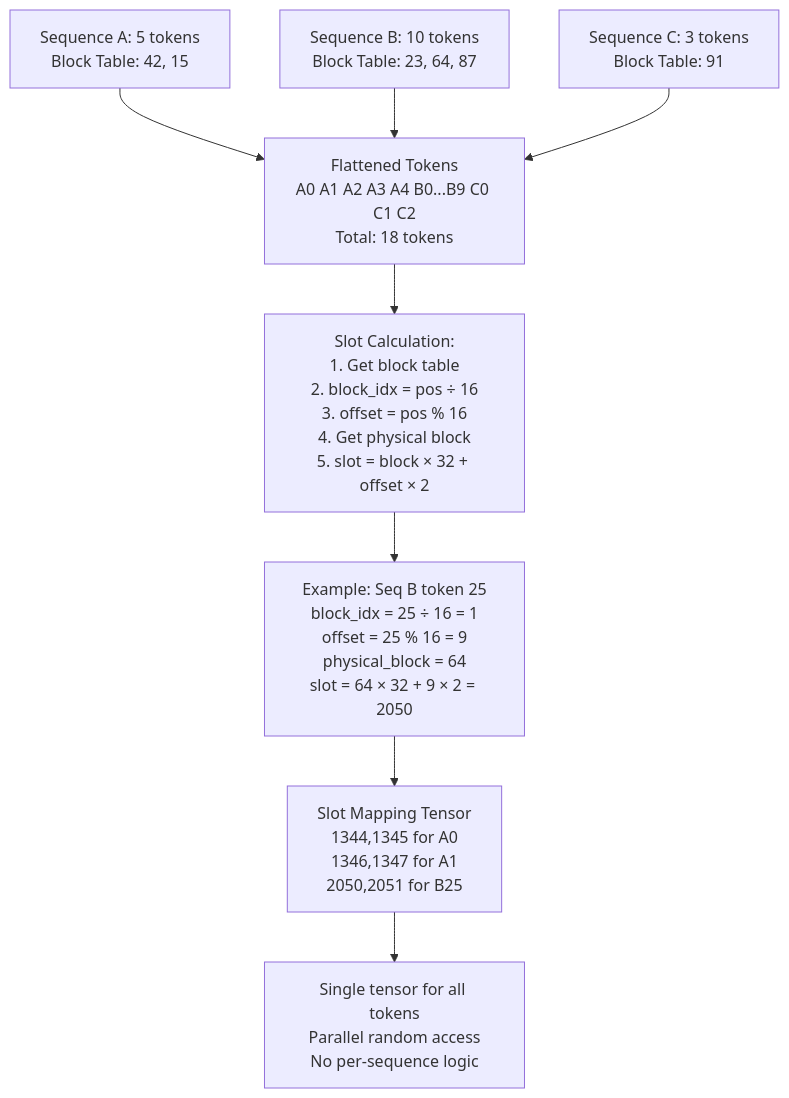
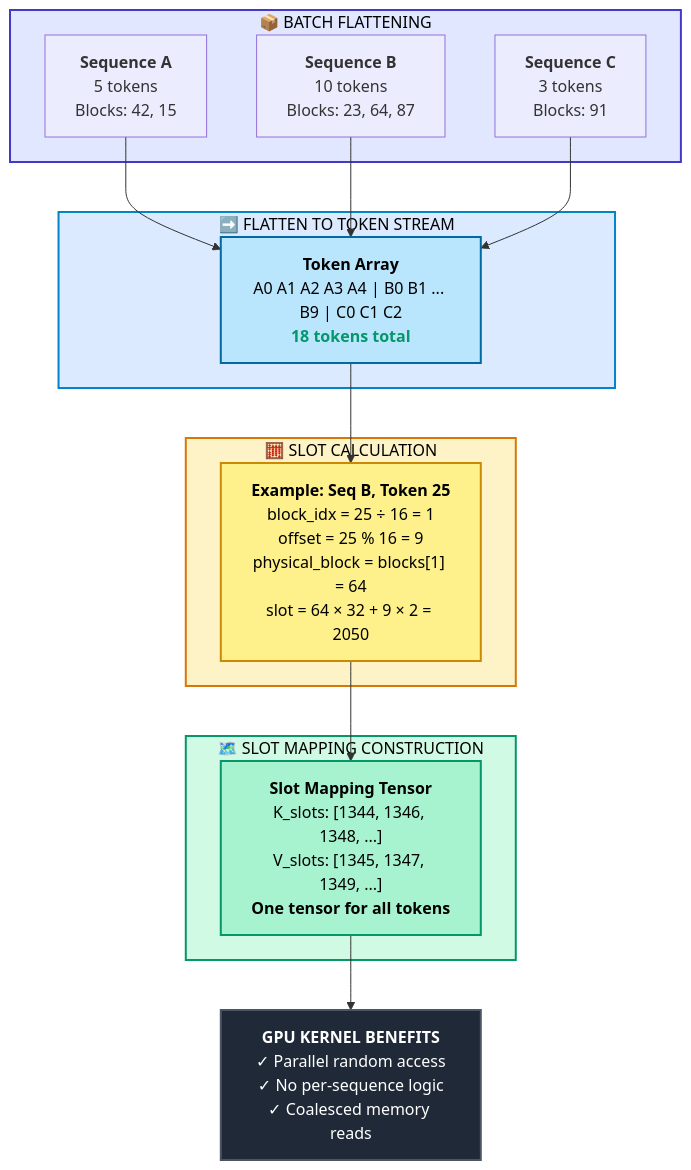
The seventh of 9 diagrams in lab0.3/README.md (Shahriarin2garden/vllm_from_scratch), drawn with Mermaid before and after one commit. The commit also changed other lines of this file, not shown here.

Commit message:
Enhance Lab 0.3 README with detailed mermaid diagrams for KV cache operations, improving clarity and visual representation of memory management concepts.

````diff
--- a/lab0.3/README.md
+++ b/lab0.3/README.md
@@ -581,24 +636,38 @@
 ```mermaid
 graph TD
-    S1[Sequence A: 5 tokens<br/>Block Table: 42, 15]
-    S2[Sequence B: 10 tokens<br/>Block Table: 23, 64, 87]
-    S3[Sequence C: 3 tokens<br/>Block Table: 91]
+    subgraph BATCH["📦 BATCH FLATTENING"]
+        S1["<b>Sequence A</b><br/>5 tokens<br/>Blocks: 42, 15"]
+        S2["<b>Sequence B</b><br/>10 tokens<br/>Blocks: 23, 64, 87"]
+        S3["<b>Sequence C</b><br/>3 tokens<br/>Blocks: 91"]
+    end
     
-    TP[Flattened Tokens<br/>A0 A1 A2 A3 A4 B0...B9 C0 C1 C2<br/>Total: 18 tokens]
+    subgraph FLAT["➡️ FLATTEN TO TOKEN STREAM"]
+        TP["<b>Token Array</b><br/>A0 A1 A2 A3 A4 | B0 B1 ... B9 | C0 C1 C2<br/><b style='color:#059669'>18 tokens total</b>"]
+    end
     
-    SC1[Slot Calculation:<br/>1. Get block table<br/>2. block_idx = pos ÷ 16<br/>3. offset = pos % 16<br/>4. Get physical block<br/>5. slot = block × 32 + offset × 2]
+    subgraph CALC["🧮 SLOT CALCULATION"]
+        EX["<b>Example: Seq B, Token 25</b><br/>block_idx = 25 ÷ 16 = 1<br/>offset = 25 % 16 = 9<br/>physical_block = blocks[1] = 64<br/>slot = 64 × 32 + 9 × 2 = 2050"]
+    end
     
-    Example[Example: Seq B token 25<br/>block_idx = 25 ÷ 16 = 1<br/>offset = 25 % 16 = 9<br/>physical_block = 64<br/>slot = 64 × 32 + 9 × 2 = 2050]
+    subgraph MAPPING["🗺️ SLOT MAPPING CONSTRUCTION"]
+        SM["<b>Slot Mapping Tensor</b><br/>K_slots: [1344, 1346, 1348, ...]<br/>V_slots: [1345, 1347, 1349, ...]<br/><b>One tensor for all tokens</b>"]
+    end
     
-    SM[Slot Mapping Tensor<br/>1344,1345 for A0<br/>1346,1347 for A1<br/>2050,2051 for B25]
-    
-    Note[Single tensor for all tokens<br/>Parallel random access<br/>No per-sequence logic]
+    EXECUTION["<b style='color:#fff'>GPU KERNEL BENEFITS</b><br/>✓ Parallel random access<br/>✓ No per-sequence logic<br/>✓ Coalesced memory reads"]
     
     S1 --> TP
     S2 --> TP
     S3 --> TP
-    TP --> SC1
-    SC1 --> Example
-    Example --> SM
-    SM --> Note
+    TP --> EX
+    EX --> SM
+    SM --> EXECUTION
+    
+    style BATCH fill:#e0e7ff,stroke:#4338ca,stroke-width:2px,color:#000
+    style FLAT fill:#dbeafe,stroke:#0284c7,stroke-width:2px,color:#000
+    style TP fill:#bae6fd,color:#000,stroke:#0369a1,stroke-width:2px
+    style CALC fill:#fef3c7,stroke:#d97706,stroke-width:2px,color:#000
+    style EX fill:#fef08a,color:#000,stroke:#ca8a04,stroke-width:2px
+    style MAPPING fill:#d1fae5,stroke:#059669,stroke-width:2px,color:#000
+    style SM fill:#a7f3d0,color:#000,stroke:#059669,stroke-width:2px
+    style EXECUTION fill:#1f2937,color:#fff,stroke:#4b5563,stroke-width:2px
 ```
````
